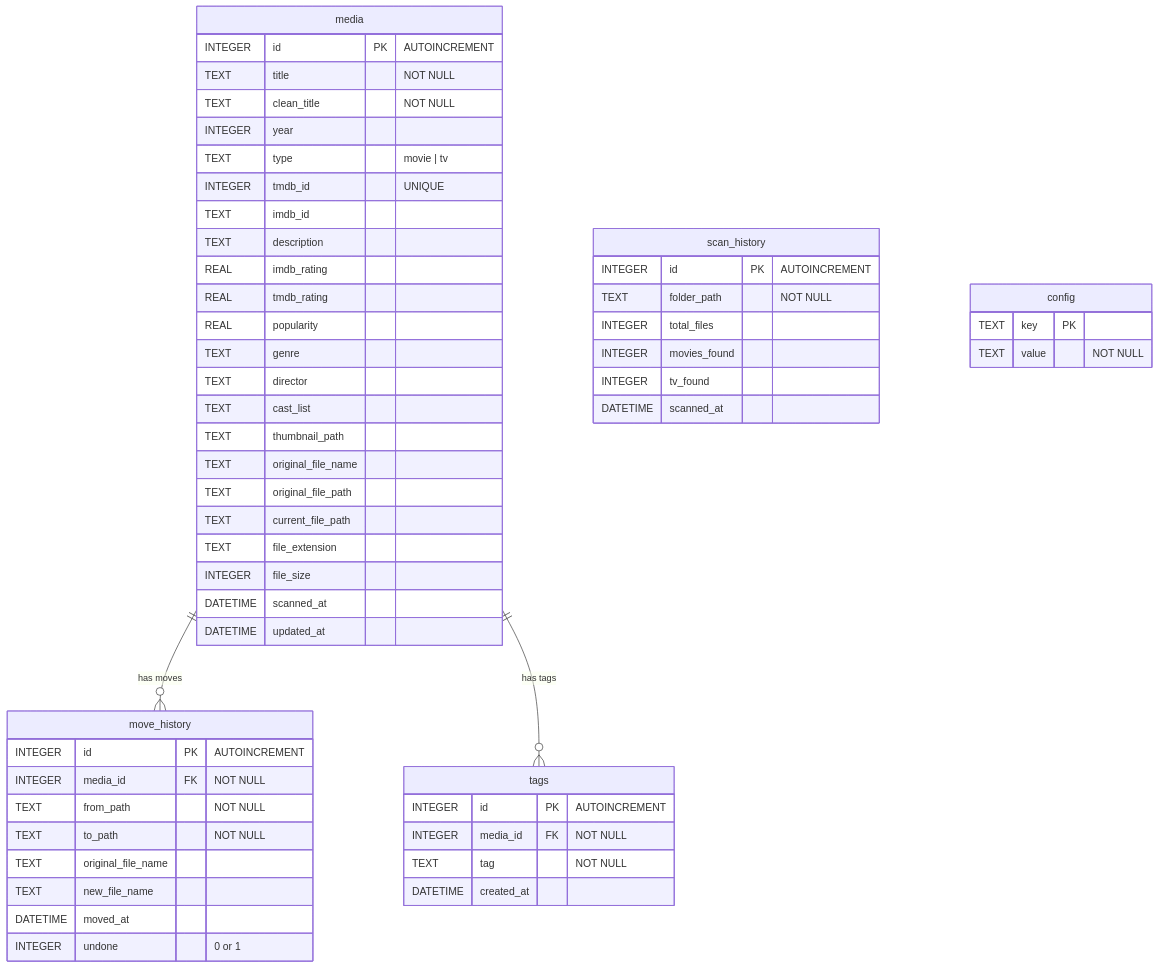
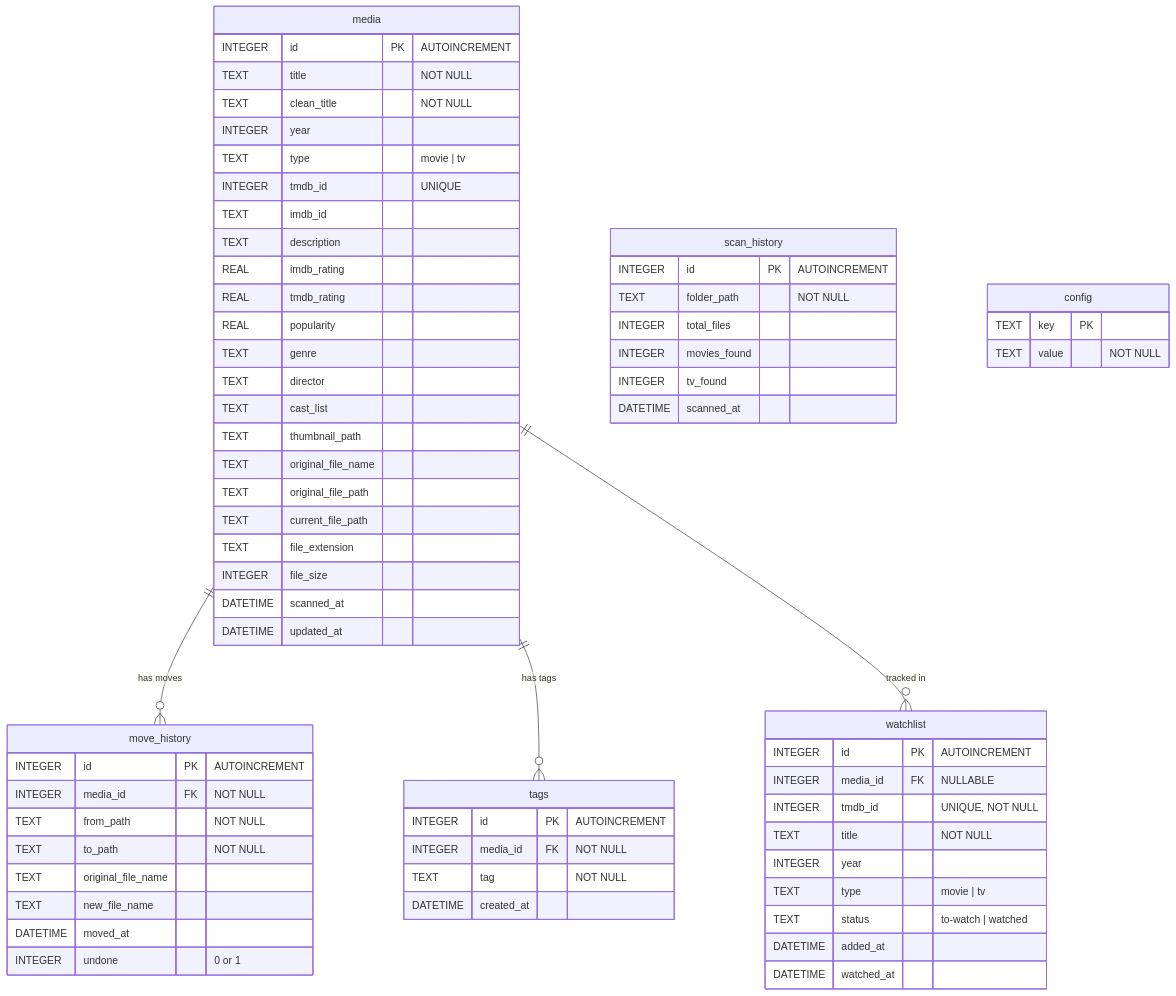
The diagram in spec/06-diagrams/15-db-schema.mmd (alimtvnetwork/movie-cli-v3), drawn with Mermaid before and after one commit. The commit also changed 4 other files, not shown here.

```diff
--- a/spec/06-diagrams/15-db-schema.mmd
+++ b/spec/06-diagrams/15-db-schema.mmd
@@ -1,63 +1,76 @@
 %% 15-db-schema.mmd — SQLite database schema and table relationships
 %% Version: 1.0.0 | Updated: 2026-04-08
 
 erDiagram
     media {
         INTEGER id PK "AUTOINCREMENT"
         TEXT title "NOT NULL"
         TEXT clean_title "NOT NULL"
         INTEGER year
         TEXT type "movie | tv"
         INTEGER tmdb_id "UNIQUE"
         TEXT imdb_id
         TEXT description
         REAL imdb_rating
         REAL tmdb_rating
         REAL popularity
         TEXT genre
         TEXT director
         TEXT cast_list
         TEXT thumbnail_path
         TEXT original_file_name
         TEXT original_file_path
         TEXT current_file_path
         TEXT file_extension
         INTEGER file_size
         DATETIME scanned_at
         DATETIME updated_at
     }
 
     move_history {
         INTEGER id PK "AUTOINCREMENT"
         INTEGER media_id FK "NOT NULL"
         TEXT from_path "NOT NULL"
         TEXT to_path "NOT NULL"
         TEXT original_file_name
         TEXT new_file_name
         DATETIME moved_at
         INTEGER undone "0 or 1"
     }
 
     tags {
         INTEGER id PK "AUTOINCREMENT"
         INTEGER media_id FK "NOT NULL"
         TEXT tag "NOT NULL"
         DATETIME created_at
     }
 
     scan_history {
         INTEGER id PK "AUTOINCREMENT"
         TEXT folder_path "NOT NULL"
         INTEGER total_files
         INTEGER movies_found
         INTEGER tv_found
         DATETIME scanned_at
     }
 
     config {
         TEXT key PK
         TEXT value "NOT NULL"
     }
 
+    watchlist {
+        INTEGER id PK "AUTOINCREMENT"
+        INTEGER media_id FK "NULLABLE"
+        INTEGER tmdb_id "UNIQUE, NOT NULL"
+        TEXT title "NOT NULL"
+        INTEGER year
+        TEXT type "movie | tv"
+        TEXT status "to-watch | watched"
+        DATETIME added_at
+        DATETIME watched_at
+    }
+
     media ||--o{ move_history : "has moves"
     media ||--o{ tags : "has tags"
+    media ||--o{ watchlist : "tracked in"
```
